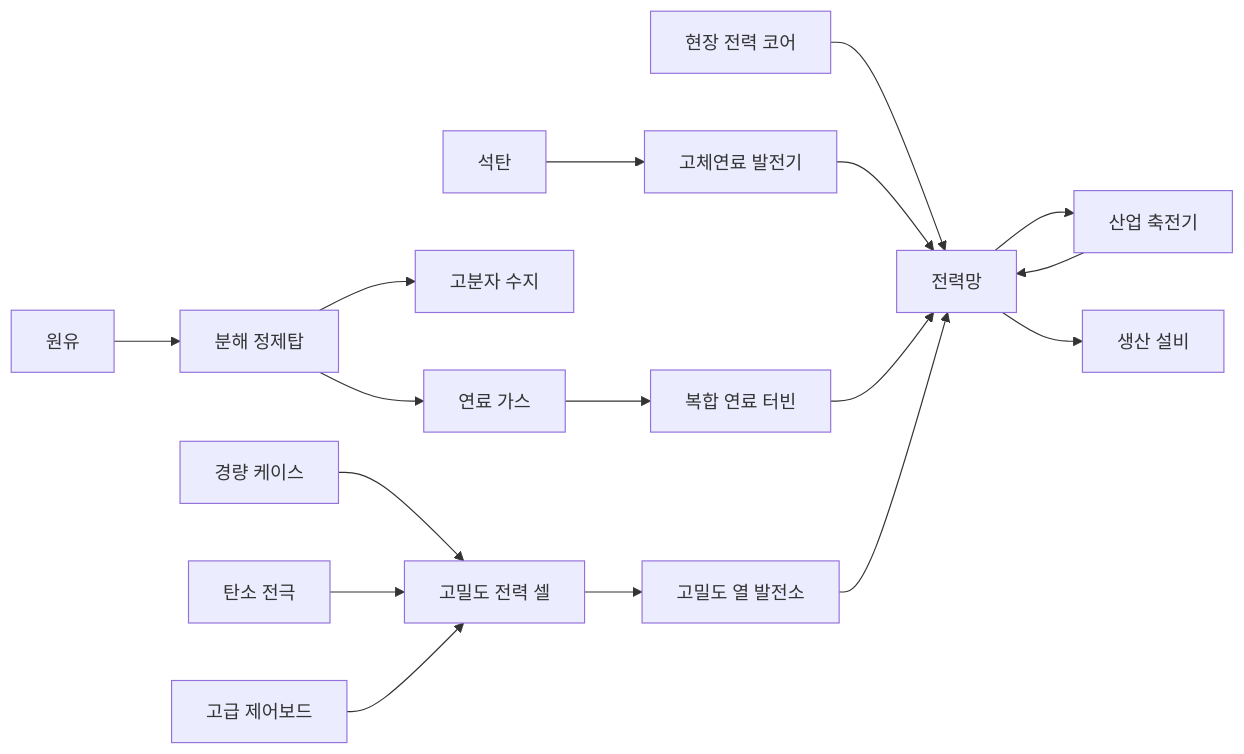
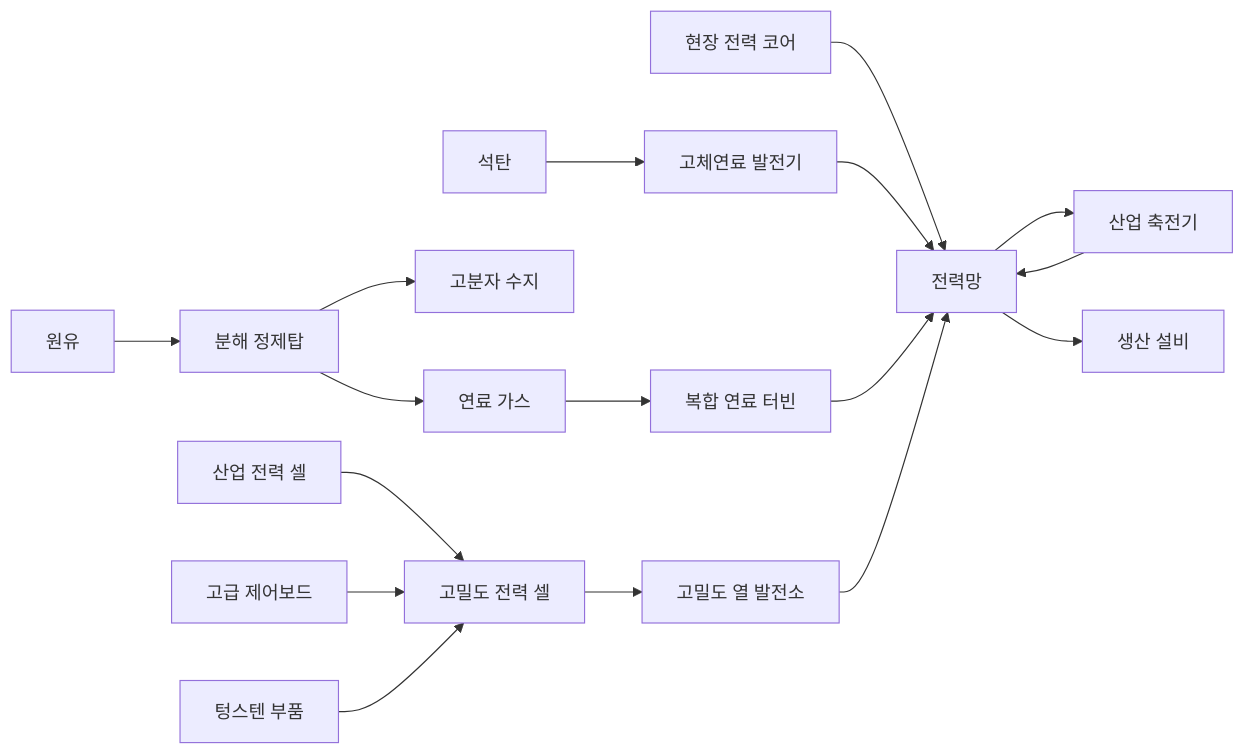
One commit to rollrat/factoryx changed the second of 2 diagrams in docs/production-lineage-design.ko.md. Above: the diagram before and after it, drawn with Mermaid. The commit also changed other lines of this file, not shown here.

````diff
--- a/docs/production-lineage-design.ko.md
+++ b/docs/production-lineage-design.ko.md
@@ -956,20 +1510,20 @@
 ```mermaid
 flowchart LR
     Starter["현장 전력 코어"] --> Grid["전력망"]
 
     Coal["석탄"] --> SolidGenerator["고체연료 발전기"] --> Grid
 
     Crude["원유"] --> Refinery["분해 정제탑"]
     Refinery --> Resin["고분자 수지"]
     Refinery --> FuelGas["연료 가스"]
     FuelGas --> FuelTurbine["복합 연료 터빈"] --> Grid
 
-    Aluminum["경량 케이스"] --> PowerCell["고밀도 전력 셀"]
-    Carbon["탄소 전극"] --> PowerCell
+    IndustrialCell["산업 전력 셀"] --> PowerCell["고밀도 전력 셀"]
     Control["고급 제어보드"] --> PowerCell
+    Tungsten["텅스텐 부품"] --> PowerCell
     PowerCell --> ThermalPlant["고밀도 열 발전소"] --> Grid
 
     Grid --> Storage["산업 축전기"]
     Storage --> Grid
     Grid --> Consumers["생산 설비"]
 ```
````
